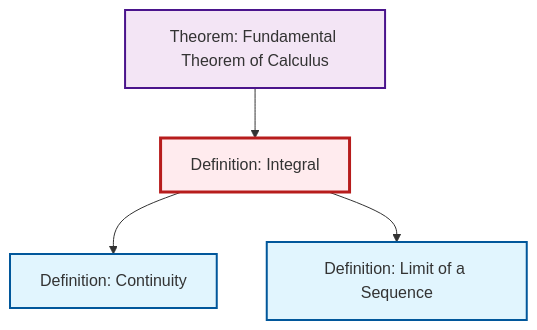
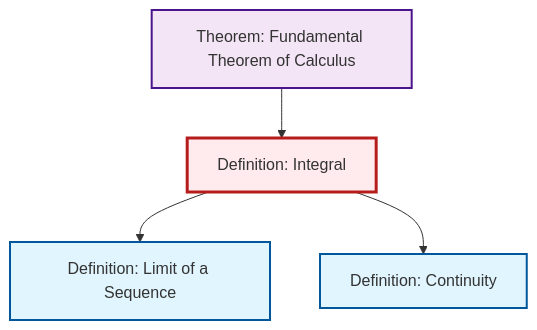
Before and after one commit to RK0429/ModernMath: the diagram in content/ja/analysis/def-integral.qmd, drawn with Mermaid. The commit also changed other lines of this file and 619 other files, not shown here.

````diff
--- a/content/ja/analysis/def-integral.qmd
+++ b/content/ja/analysis/def-integral.qmd
@@ -82,20 +82,20 @@
 ```{mermaid}
 %%| fig-cap: "Local dependency graph"
 graph TD
     classDef definition fill:#e1f5fe,stroke:#01579b,stroke-width:2px
     classDef theorem fill:#f3e5f5,stroke:#4a148c,stroke-width:2px
     classDef axiom fill:#fff3e0,stroke:#e65100,stroke-width:2px
     classDef example fill:#e8f5e9,stroke:#1b5e20,stroke-width:2px
     classDef current fill:#ffebee,stroke:#b71c1c,stroke-width:3px
+    def-continuity["Definition: Continuity"]:::definition
     def-integral["Definition: Integral"]:::definition
     thm-fundamental-calculus["Theorem: Fundamental Theorem of Calculus"]:::theorem
     def-limit["Definition: Limit of a Sequence"]:::definition
-    def-continuity["Definition: Continuity"]:::definition
+    def-integral --> def-limit
+    def-integral --> def-continuity
     thm-fundamental-calculus --> def-integral
-    def-integral --> def-continuity
-    def-integral --> def-limit
     class def-integral current
+    click def-continuity "def-continuity.html" "Definition: Continuityへ"
     click thm-fundamental-calculus "thm-fundamental-calculus.html" "Theorem: Fundamental Theorem of Calculusへ"
     click def-limit "def-limit.html" "Definition: Limit of a Sequenceへ"
-    click def-continuity "def-continuity.html" "Definition: Continuityへ"
 ```
````
